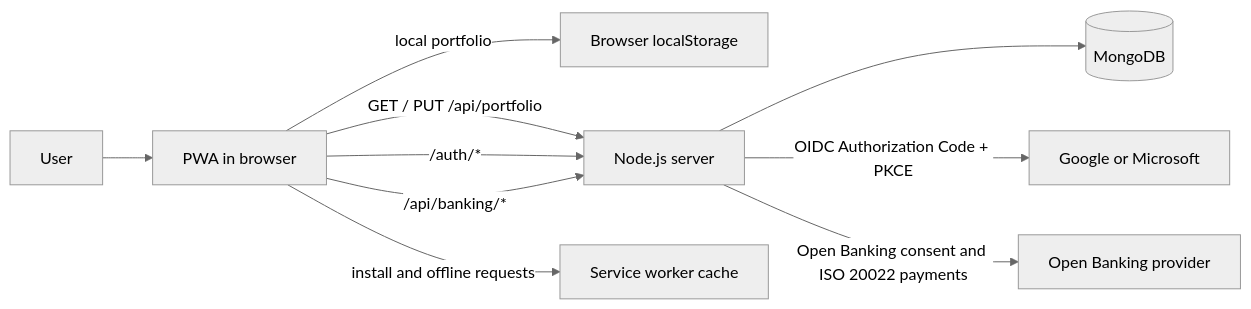
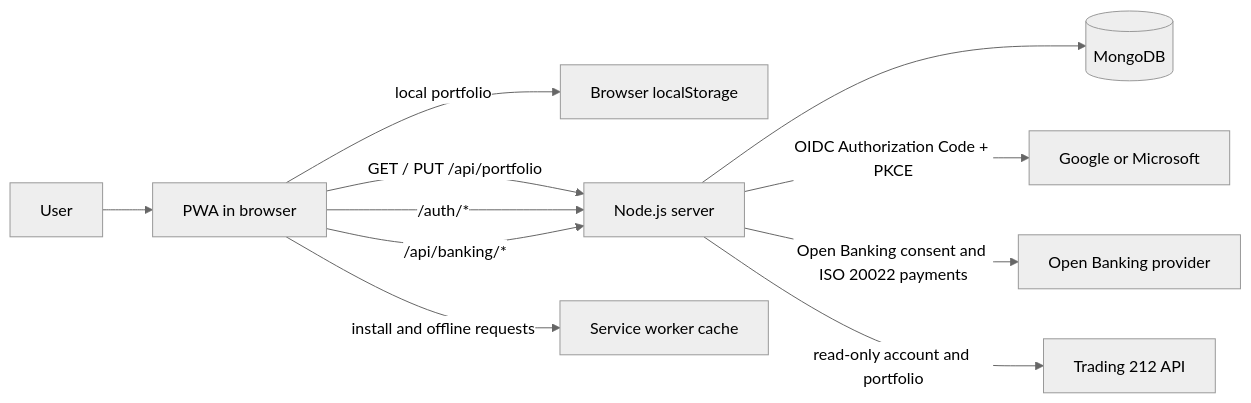
Before and after one commit to charles2ke/OpenTrading: the first of 3 diagrams in docs/architecture.md, drawn with Mermaid (neutral theme). The commit also changed other lines of this file and 16 other files, not shown here.

````diff
--- a/docs/architecture.md
+++ b/docs/architecture.md
@@ -7,12 +7,13 @@
 ```mermaid
 flowchart LR
   User[User] --> Browser[PWA in browser]
   Browser -->|local portfolio| LocalStorage[Browser localStorage]
   Browser -->|GET / PUT /api/portfolio| Server[Node.js server]
   Browser -->|/auth/*| Server
   Browser -->|install and offline requests| SW[Service worker cache]
   Browser -->|/api/banking/*| Server
   Server --> MongoDB[(MongoDB)]
   Server -->|OIDC Authorization Code + PKCE| IdP[Google or Microsoft]
   Server -->|Open Banking consent and ISO 20022 payments| Bank[Open Banking provider]
+  Server -->|read-only account and portfolio| Broker[Trading 212 API]
 ```
````
